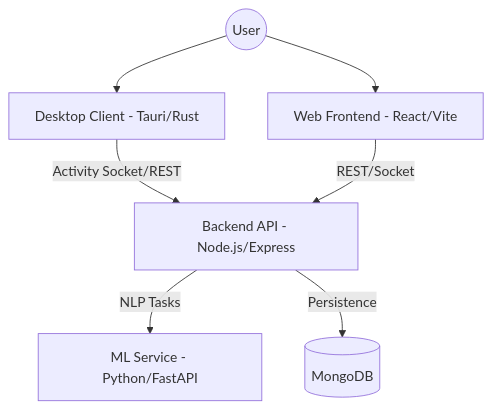
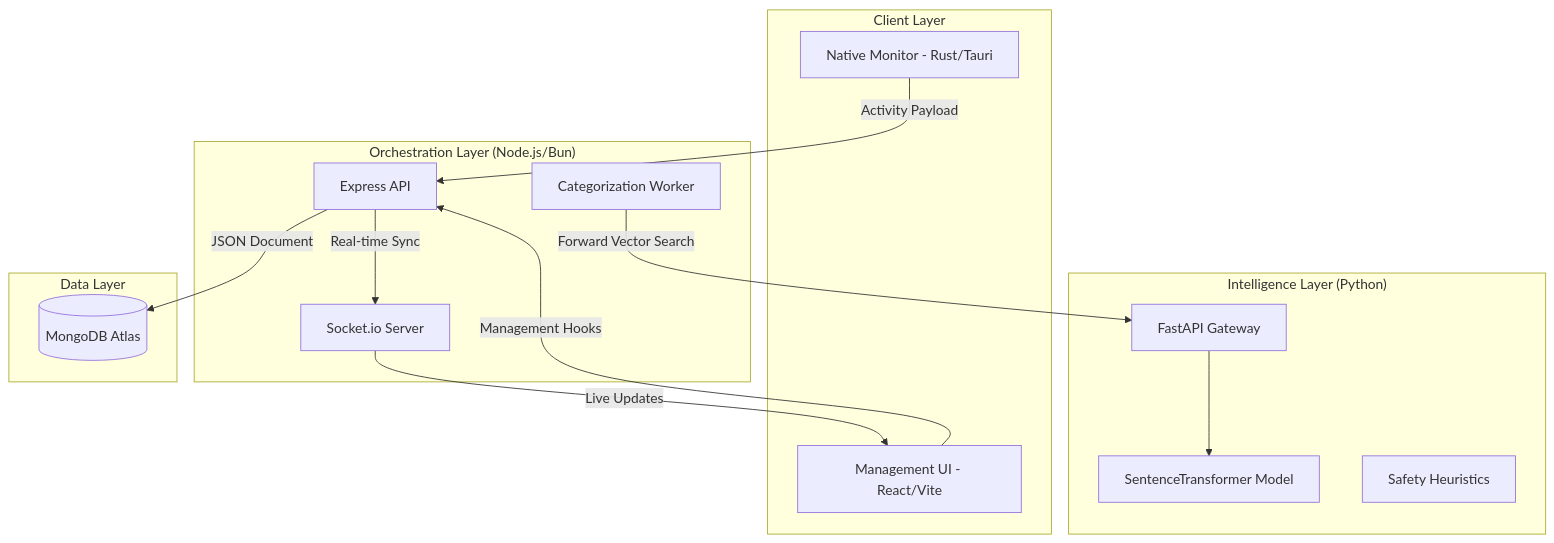
The diagram in README.md (Anurup-R-Krishnan/FocusBoard), drawn with Mermaid before and after one commit. The commit also changed other lines of this file, not shown here.

Commit message:
docs: refactor README.md to V2 with technical deep-dives and advanced diagrams

````diff
--- a/README.md
+++ b/README.md
@@ -75,16 +51,31 @@
 ```mermaid
 graph TD
-    User((User))
-    Tauri[Desktop Client - Tauri/Rust]
-    WebApp[Web Frontend - React/Vite]
-    Backend[Backend API - Node.js/Express]
-    ML[ML Service - Python/FastAPI]
-    DB[(MongoDB)]
+    subgraph "Client Layer"
+        Native[Native Monitor - Rust/Tauri]
+        Web[Management UI - React/Vite]
+    end
 
-    User --> Tauri
-    User --> WebApp
-    Tauri -->|Activity Socket/REST| Backend
-    WebApp -->|REST/Socket| Backend
-    Backend -->|NLP Tasks| ML
-    Backend -->|Persistence| DB
+    subgraph "Orchestration Layer (Node.js/Bun)"
+        API[Express API]
+        Job[Categorization Worker]
+        WS[Socket.io Server]
+    end
+
+    subgraph "Intelligence Layer (Python)"
+        FastAPI[FastAPI Gateway]
+        NLP[SentenceTransformer Model]
+        NSFW[Safety Heuristics]
+    end
+
+    subgraph "Data Layer"
+        Mongo[(MongoDB Atlas)]
+    end
+
+    Native -->|Activity Payload| API
+    Web -->|Management Hooks| API
+    API -->|Real-time Sync| WS
+    WS -->|Live Updates| Web
+    Job -->|Forward Vector Search| FastAPI
+    FastAPI --> NLP
+    API -->|JSON Document| Mongo
 ```
````
